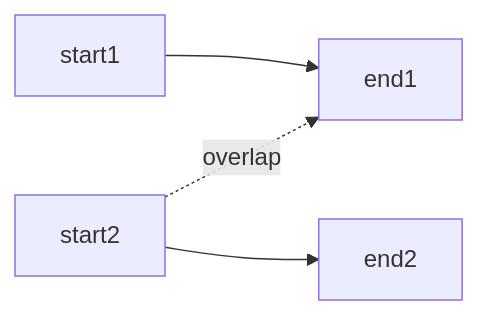
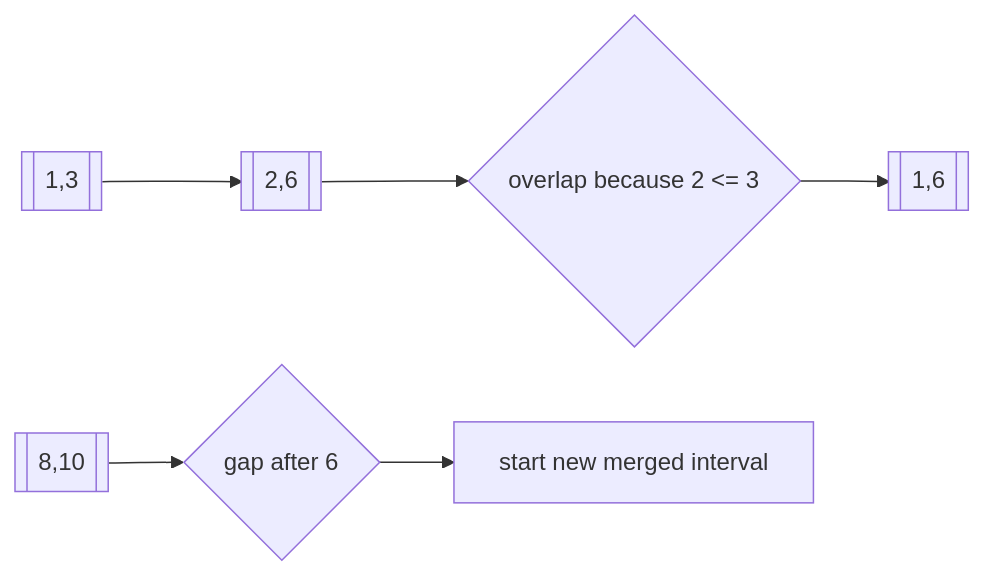
Before and after one commit to Icon1cc/Data-Structures-and-Algorithms: the diagram in intervals/README.md, drawn with Mermaid. The commit also changed other lines of this file and 112 other files, not shown here.

````diff
--- a/intervals/README.md
+++ b/intervals/README.md
@@ -55,6 +62,8 @@
 ```mermaid
 flowchart LR
-    A[start1] --> B[end1]
-    C[start2] --> D[end2]
-    C -. overlap .-> B
+    A[[1,3]] --> B[[2,6]]
+    B --> C{overlap because 2 <= 3}
+    C --> D[[1,6]]
+    E[[8,10]] --> F{gap after 6}
+    F --> G[start new merged interval]
 ```
````
